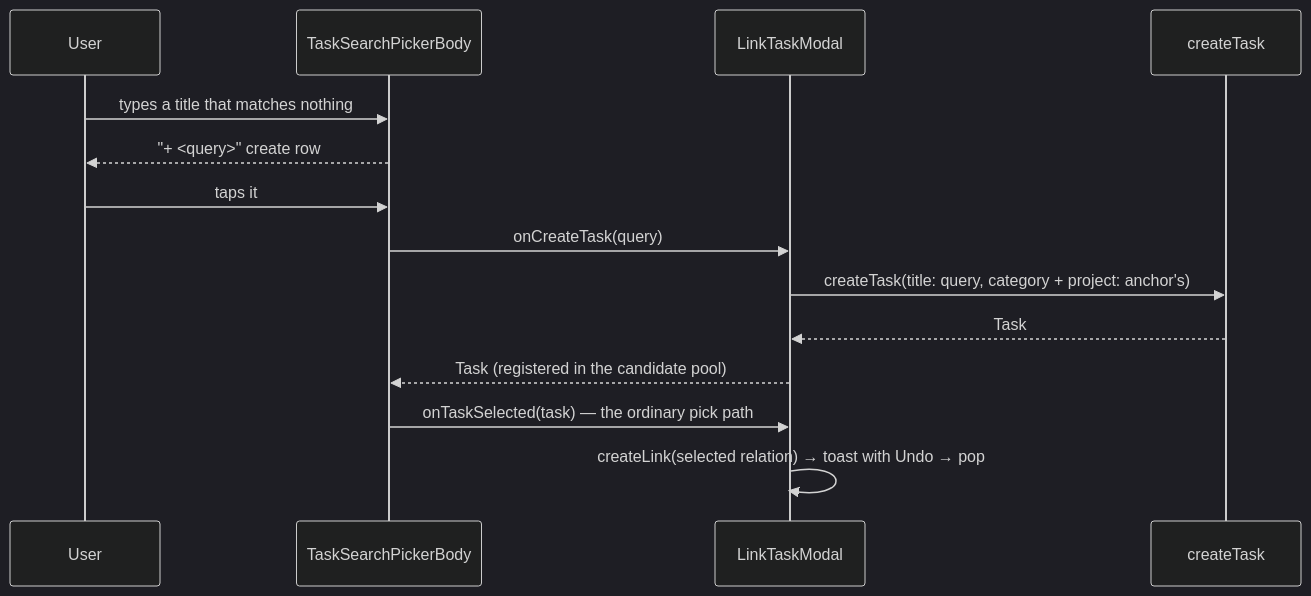
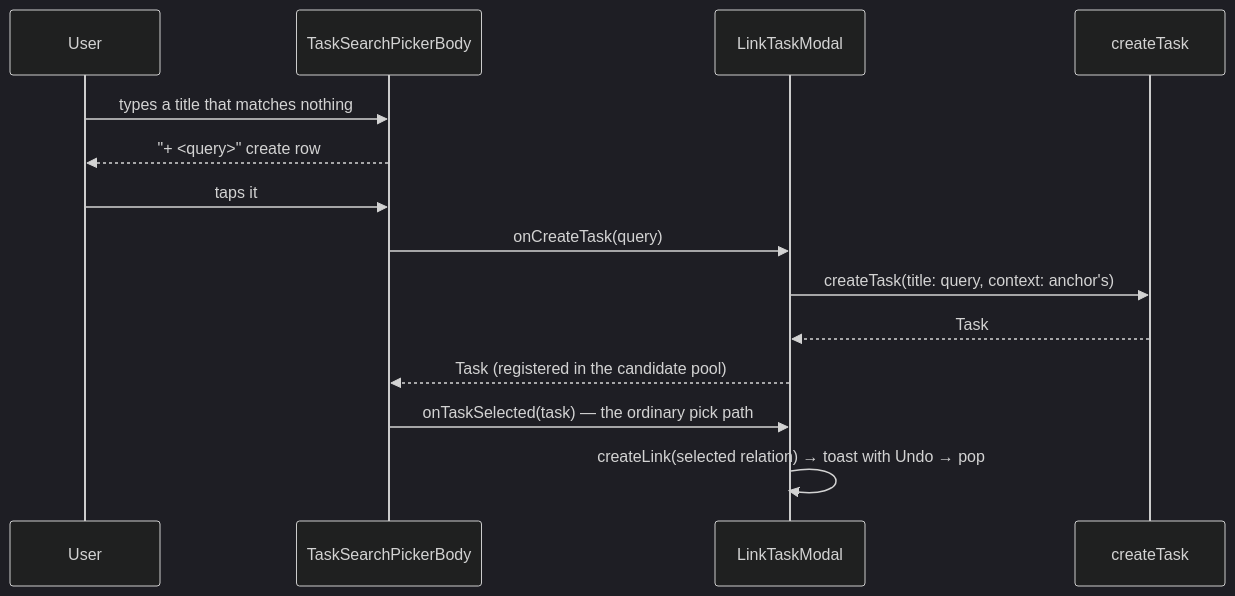
One commit to matthiasn/lotti changed diagram 13 of 19 in lib/features/tasks/README.md. Above: the diagram before and after it, drawn with Mermaid (dark theme). The commit also changed other lines of this file and 11 other files, not shown here.

````diff
--- a/lib/features/tasks/README.md
+++ b/lib/features/tasks/README.md
@@ -715,16 +715,16 @@
 ```mermaid
 sequenceDiagram
   participant U as User
   participant P as TaskSearchPickerBody
   participant M as LinkTaskModal
   participant C as createTask
   U->>P: types a title that matches nothing
   P-->>U: "+ <query>" create row
   U->>P: taps it
   P->>M: onCreateTask(query)
-  M->>C: createTask(title: query, category + project: anchor's)
+  M->>C: createTask(title: query, context: anchor's)
   C-->>M: Task
   M-->>P: Task (registered in the candidate pool)
   P->>M: onTaskSelected(task) — the ordinary pick path
   M->>M: createLink(selected relation) → toast with Undo → pop
 ```
````
